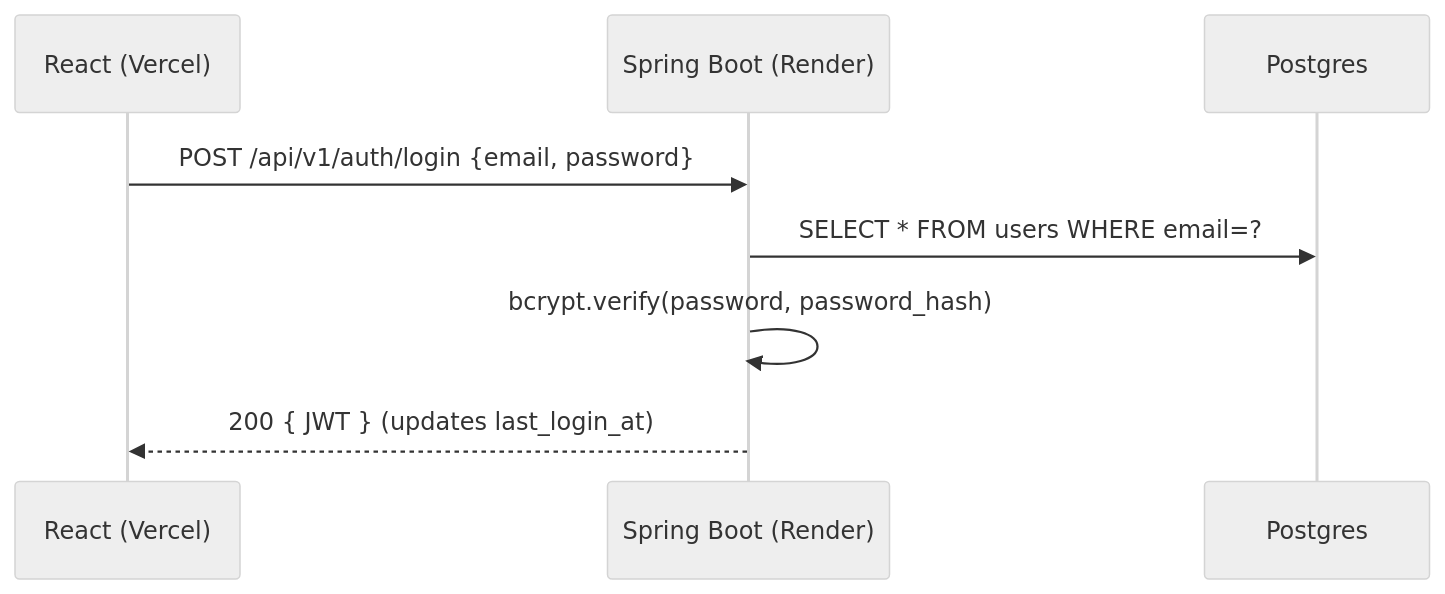
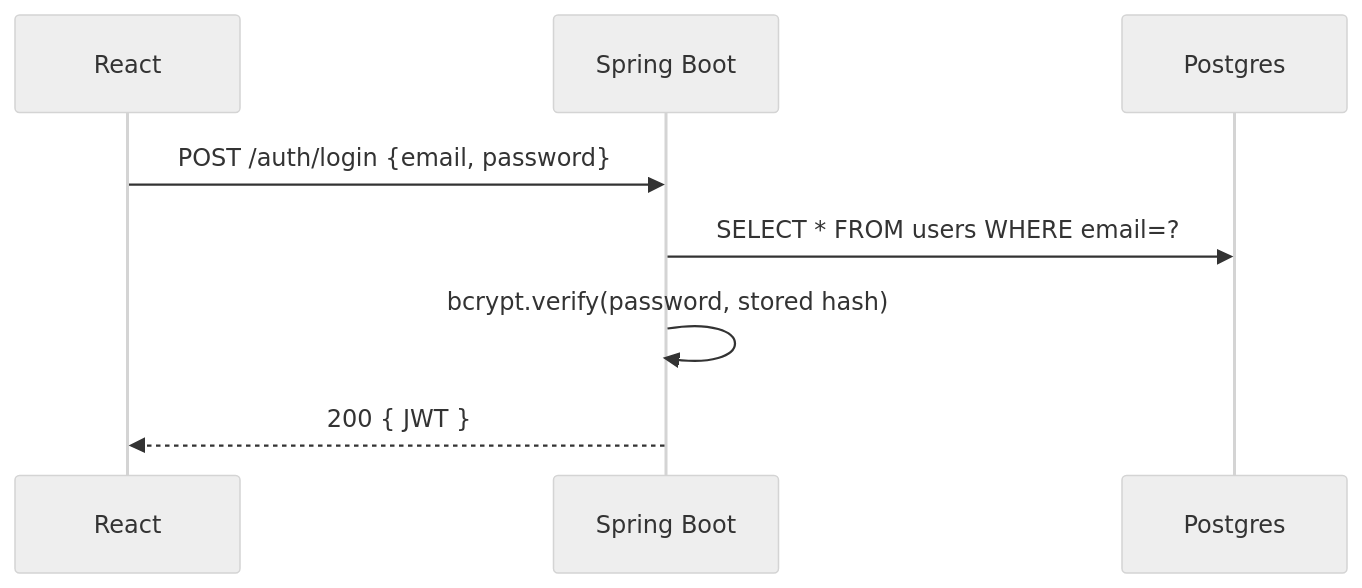
Before and after one commit to shubamchaudhary/ChunkAI: the first of 6 diagrams in docs/current-design-walkthrough.md, drawn with Mermaid (neutral theme). The commit also changed other lines of this file and 5 other files, not shown here.

````diff
--- a/docs/current-design-walkthrough.md
+++ b/docs/current-design-walkthrough.md
@@ -52,10 +73,10 @@
 ```mermaid
 sequenceDiagram
-    participant FE as React (Vercel)
-    participant BE as Spring Boot (Render)
+    participant FE as React
+    participant BE as Spring Boot
     participant DB as Postgres
-    FE->>BE: POST /api/v1/auth/login {email, password}
+    FE->>BE: POST /auth/login {email, password}
     BE->>DB: SELECT * FROM users WHERE email=?
-    BE->>BE: bcrypt.verify(password, password_hash)
-    BE-->>FE: 200 { JWT }  (updates last_login_at)
+    BE->>BE: bcrypt.verify(password, stored hash)
+    BE-->>FE: 200 { JWT }
 ```
````
